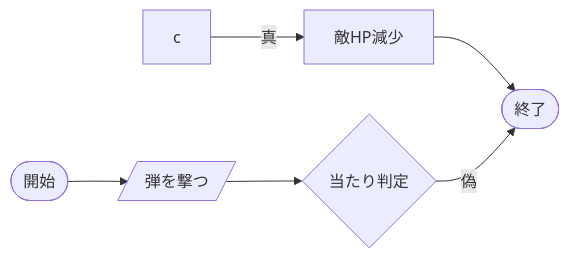
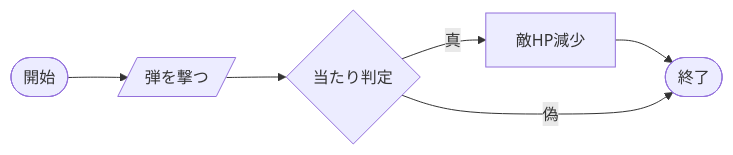
One commit to tpu-game-2022/mermaid_test changed the diagram in README.md. Above: the diagram before and after it, drawn with Mermaid.

Commit message:
変更しました

````diff
--- a/README.md
+++ b/README.md
@@ -20,8 +20,8 @@
 ```mermaid
 flowchart LR;
   A([開始])-->B[/弾を撃つ/];
   B-->C{当たり判定}
-  c--真-->D[敵HP減少];
+  C--真-->D[敵HP減少];
   D-->E([終了])
   C--偽-->E([終了])
 ```
````
